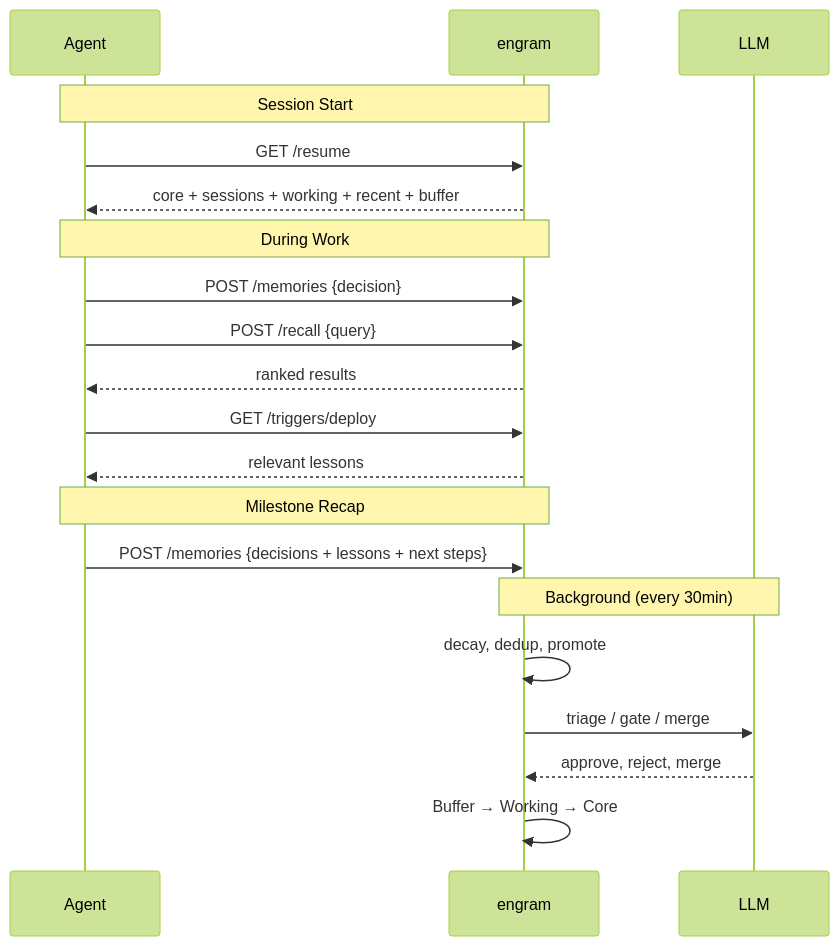
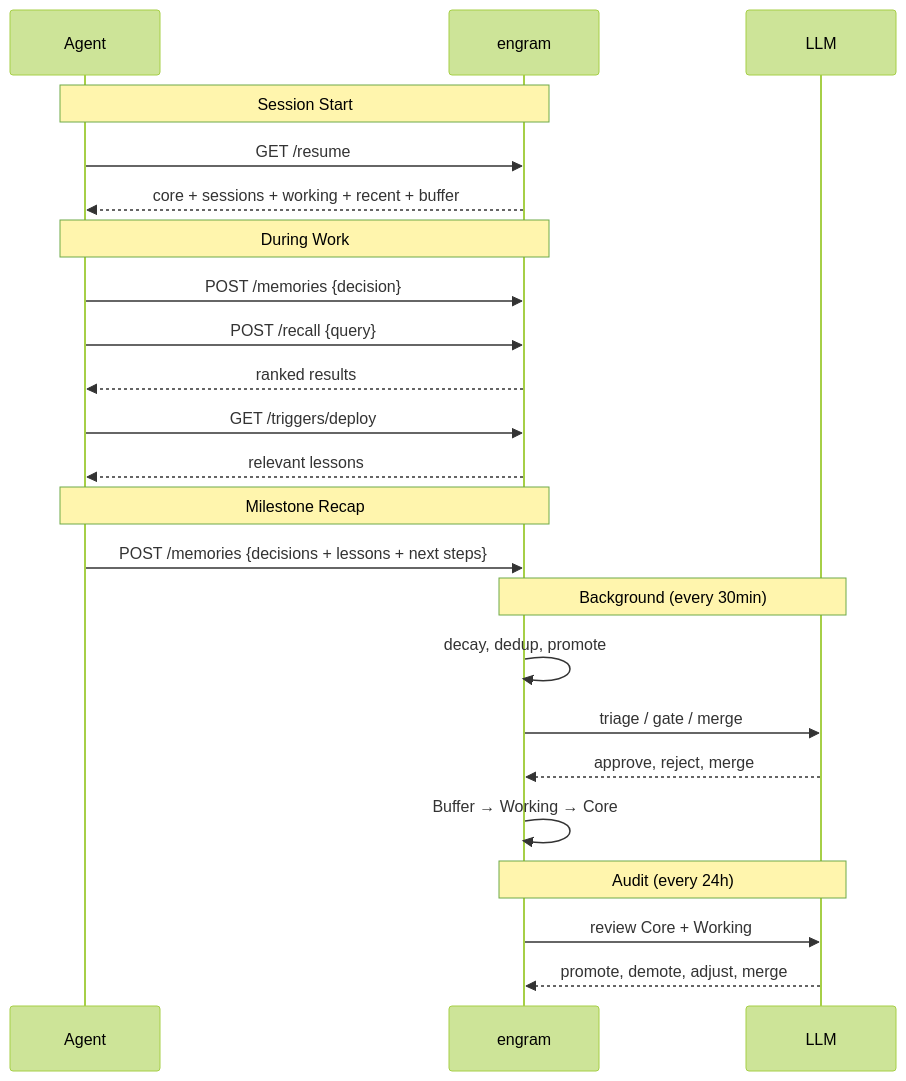
One commit to kael-bit/engram-rs changed the diagram in README.md. Above: the diagram before and after it, drawn with Mermaid (forest theme).

Commit message:
docs: add audit cycle to sequence diagram

````diff
--- a/README.md
+++ b/README.md
@@ -26,26 +26,30 @@
 ```mermaid
 sequenceDiagram
     participant A as Agent
     participant E as engram
     participant LLM as LLM
 
     Note over A,E: Session Start
     A->>E: GET /resume
     E-->>A: core + sessions + working + recent + buffer
 
     Note over A,E: During Work
     A->>E: POST /memories {decision}
     A->>E: POST /recall {query}
     E-->>A: ranked results
     A->>E: GET /triggers/deploy
     E-->>A: relevant lessons
 
     Note over A,E: Milestone Recap
     A->>E: POST /memories {decisions + lessons + next steps}
 
     Note over E,LLM: Background (every 30min)
     E->>E: decay, dedup, promote
     E->>LLM: triage / gate / merge
     LLM-->>E: approve, reject, merge
     E->>E: Buffer → Working → Core
+
+    Note over E,LLM: Audit (every 24h)
+    E->>LLM: review Core + Working
+    LLM-->>E: promote, demote, adjust, merge
 ```
````
